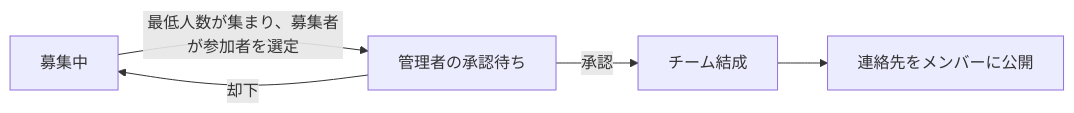
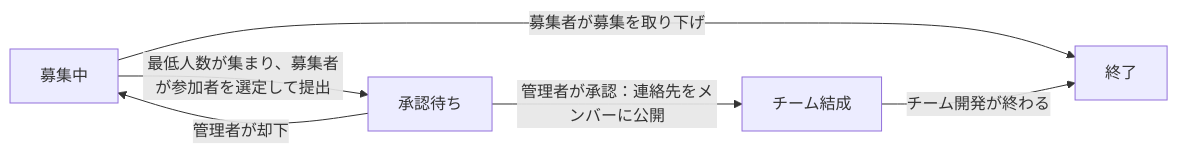
The diagram in README.md (stephano222/teamsapp), drawn with Mermaid before and after one commit. The commit also changed other lines of this file, not shown here.

````diff
--- a/README.md
+++ b/README.md
@@ -348,7 +359,8 @@
 ```mermaid
 flowchart LR
-  A[募集中] -->|最低人数が集まり、募集者が参加者を選定| B[管理者の承認待ち]
-  B -->|承認| C[チーム結成]
-  B -->|却下| A
-  C --> D[連絡先をメンバーに公開]
+  A[募集中] -->|最低人数が集まり、募集者が参加者を選定して提出| B[承認待ち]
+  B -->|管理者が承認：連絡先をメンバーに公開| C[チーム結成]
+  B -->|管理者が却下| A
+  A -->|募集者が募集を取り下げ| D[終了]
+  C -->|チーム開発が終わる| D
 ```
````
